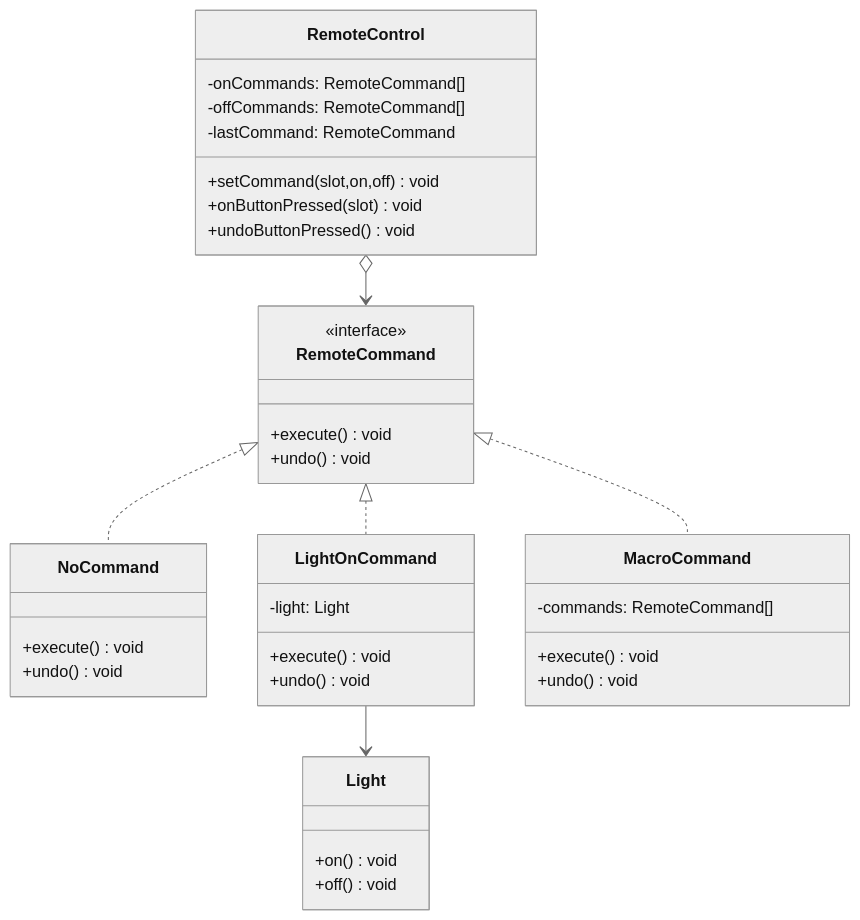
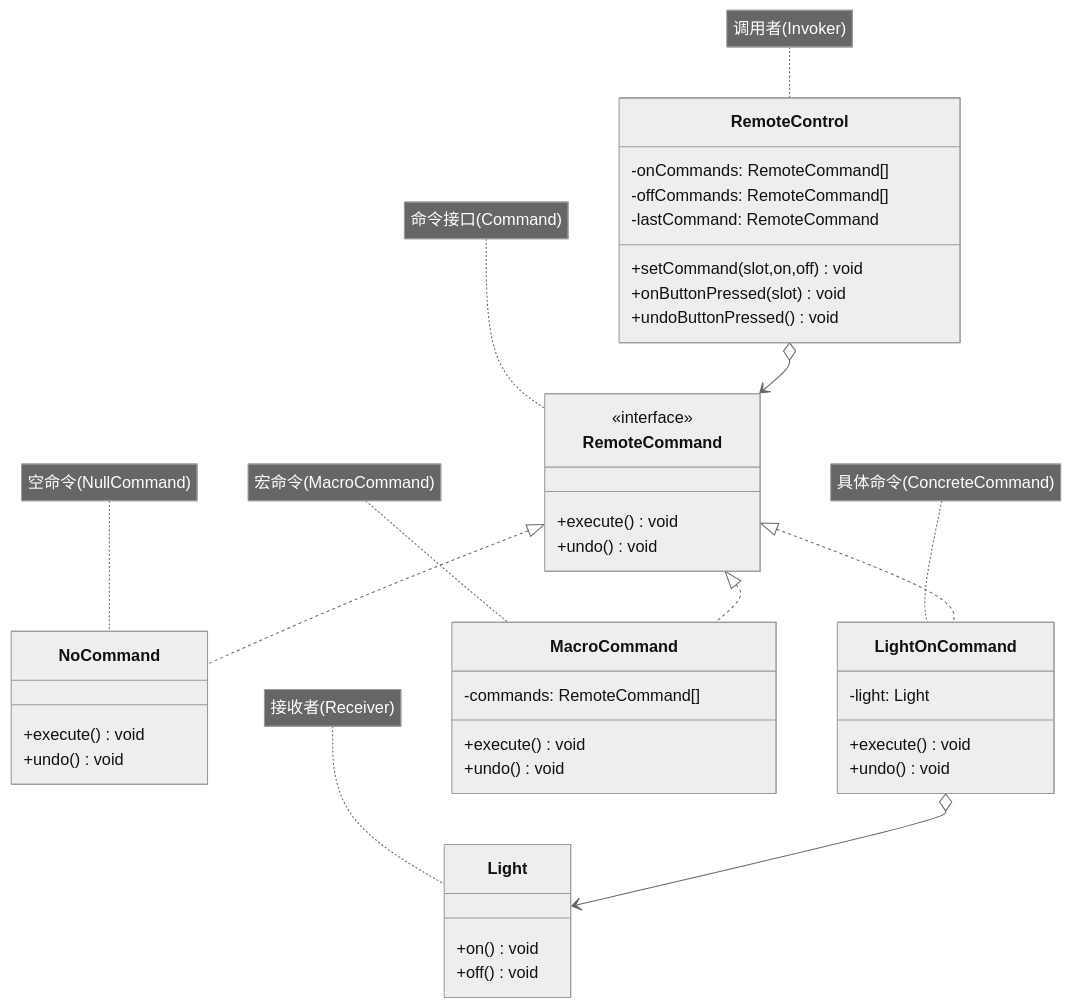
The diagram in docs/topic/design-patterns/behavioral-patterns/command/index.md (luguosong/programming-notes), drawn with Mermaid (neutral theme) before and after one commit. The commit also changed 23 other files, not shown here.

First line of the commit message:
fix: 修正设计模式 UML 箭头类型并添加角色标注

````diff
--- a/docs/topic/design-patterns/behavioral-patterns/command/index.md
+++ b/docs/topic/design-patterns/behavioral-patterns/command/index.md
@@ -27,39 +27,45 @@
 ```mermaid
 classDiagram
     class RemoteCommand {
         <<interface>>
         +execute() void
         +undo() void
     }
     class NoCommand {
         +execute() void
         +undo() void
     }
     class LightOnCommand {
         -light: Light
         +execute() void
         +undo() void
     }
     class MacroCommand {
         -commands: RemoteCommand[]
         +execute() void
         +undo() void
     }
     class RemoteControl {
         -onCommands: RemoteCommand[]
         -offCommands: RemoteCommand[]
         -lastCommand: RemoteCommand
         +setCommand(slot,on,off) void
         +onButtonPressed(slot) void
         +undoButtonPressed() void
     }
     class Light {
         +on() void
         +off() void
     }
     RemoteCommand <|.. NoCommand
     RemoteCommand <|.. LightOnCommand
     RemoteCommand <|.. MacroCommand
-    LightOnCommand --> Light
+    LightOnCommand o--> Light
     RemoteControl o--> RemoteCommand
+    note for RemoteCommand "命令接口(Command)"
+    note for LightOnCommand "具体命令(ConcreteCommand)"
+    note for MacroCommand "宏命令(MacroCommand)"
+    note for NoCommand "空命令(NullCommand)"
+    note for RemoteControl "调用者(Invoker)"
+    note for Light "接收者(Receiver)"
 ```
````
